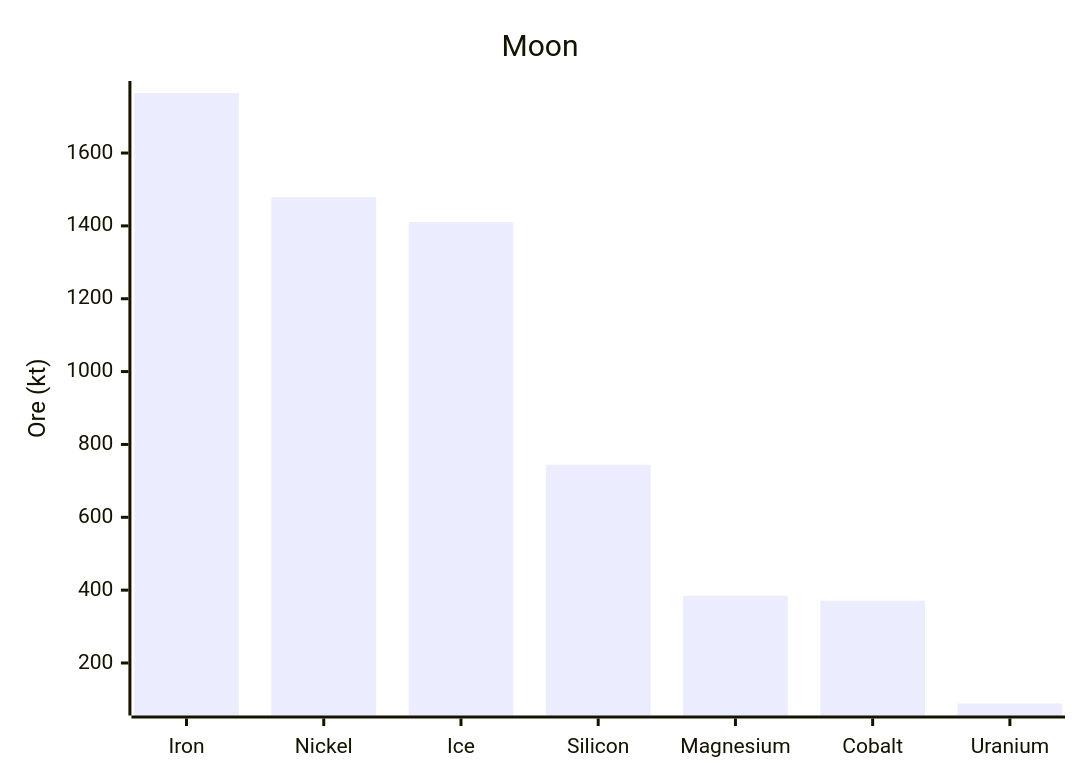
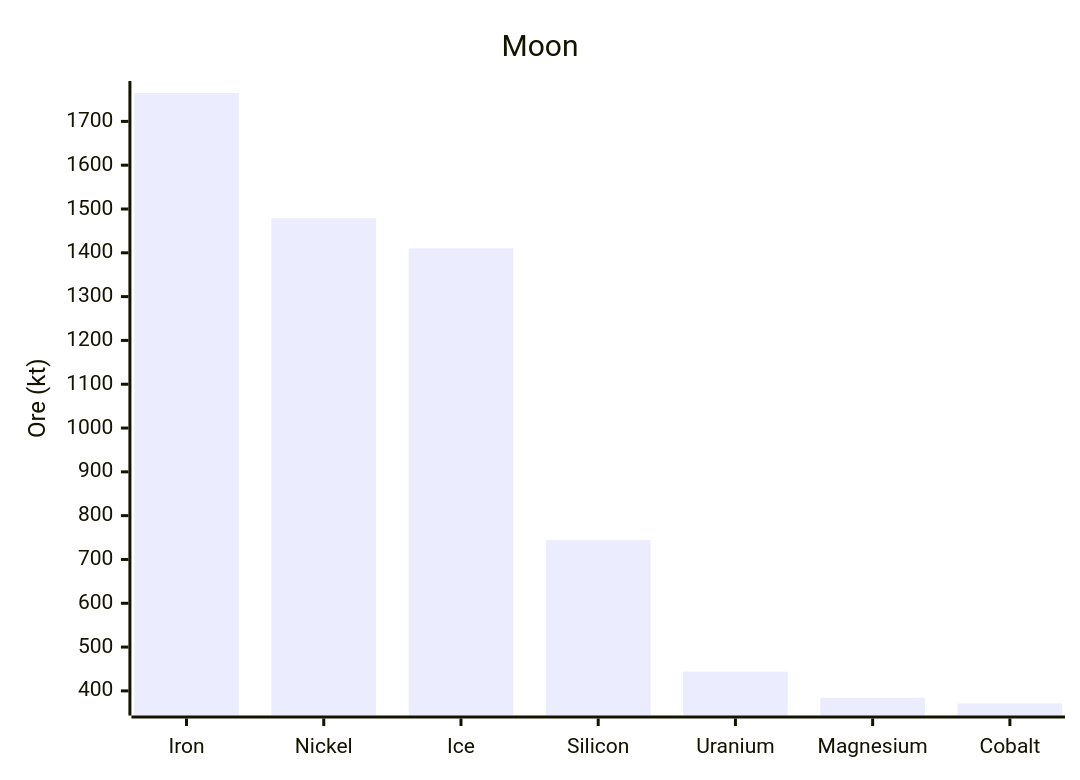
The second of 4 diagrams in octahedron/ORES.md (CometWorks/worlds), drawn with Mermaid before and after one commit. The commit also changed other lines of this file and 18 other files, not shown here.

````diff
--- a/octahedron/ORES.md
+++ b/octahedron/ORES.md
@@ -71,7 +72,7 @@
 ```mermaid
 xychart-beta
     title "Moon"
-    x-axis ["Iron", "Nickel", "Ice", "Silicon", "Magnesium", "Cobalt", "Uranium"]
+    x-axis ["Iron", "Nickel", "Ice", "Silicon", "Uranium", "Magnesium", "Cobalt"]
     y-axis "Ore (kt)"
-    bar [1764.8, 1478.9, 1410.3, 744.2, 384.4, 371.2, 88.8]
+    bar [1764.8, 1478.9, 1410.3, 744.2, 443.9, 384.4, 371.2]
 ```
````
